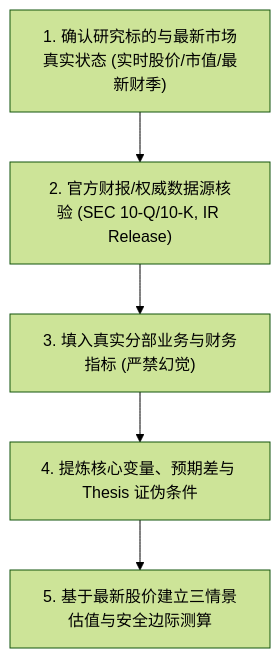
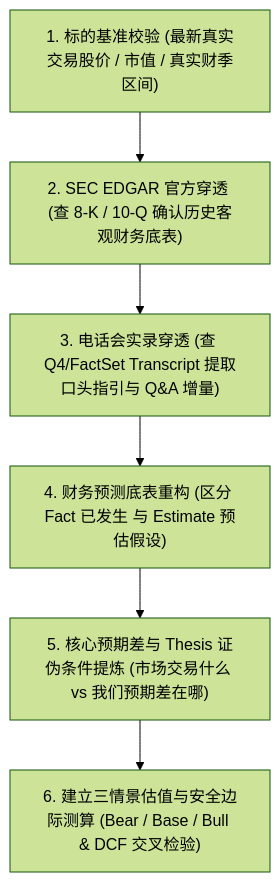
Before and after one commit to siyi8088/investment-research: the diagram in .agents/skills/investment-analyst/SKILL.md, drawn with Mermaid (forest theme). The commit also changed other lines of this file and 4 other files, not shown here.

````diff
--- a/.agents/skills/investment-analyst/SKILL.md
+++ b/.agents/skills/investment-analyst/SKILL.md
@@ -50,7 +74,8 @@
 ```mermaid
 graph TD
-    A["1. 确认研究标的与最新市场真实状态 (实时股价/市值/最新财季)"] --> B["2. 官方财报/权威数据源核验 (SEC 10-Q/10-K, IR Release)"]
-    B --> C["3. 填入真实分部业务与财务指标 (严禁幻觉)"]
-    C --> D["4. 提炼核心变量、预期差与 Thesis 证伪条件"]
-    D --> E["5. 基于最新股价建立三情景估值与安全边际测算"]
+    A["1. 标的基准校验 (最新真实交易股价 / 市值 / 真实财季区间)"] --> B["2. SEC EDGAR 官方穿透 (查 8-K / 10-Q 确认历史客观财务底表)"]
+    B --> C["3. 电话会实录穿透 (查 Q4/FactSet Transcript 提取口头指引与 Q&A 增量)"]
+    C --> D["4. 财务预测底表重构 (区分 Fact 已发生 与 Estimate 预估假设)"]
+    D --> E["5. 核心预期差与 Thesis 证伪条件提炼 (市场交易什么 vs 我们预期差在哪)"]
+    E --> F["6. 建立三情景估值与安全边际测算 (Bear / Base / Bull & DCF 交叉检验)"]
 ```
````
